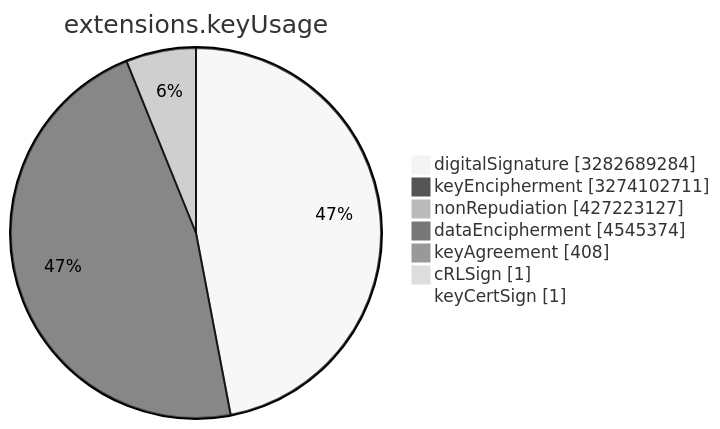
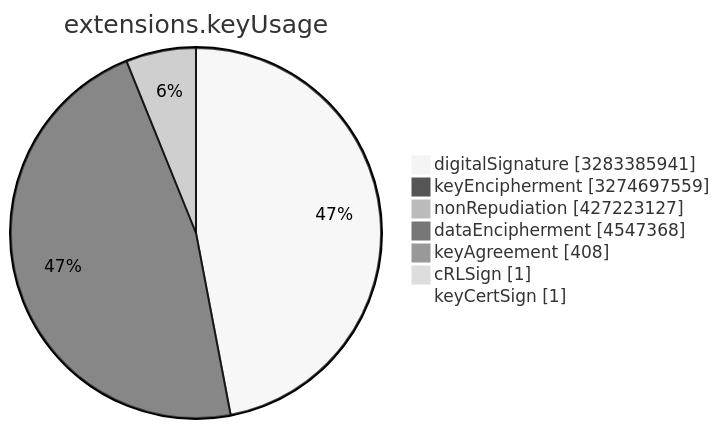
One commit to christiankrug/ctmonitor_visualization changed the sixth of 15 diagrams in TOTAL/README.md. Above: the diagram before and after it, drawn with Mermaid (neutral theme). The commit also changed other lines of this file, not shown here.

````diff
--- a/TOTAL/README.md
+++ b/TOTAL/README.md
@@ -3078,11 +3078,11 @@
 ```mermaid
 pie showData
 title extensions.keyUsage
-"digitalSignature" :3282689284
-"keyEncipherment" :3274102711
+"digitalSignature" :3283385941
+"keyEncipherment" :3274697559
 "nonRepudiation" :427223127
-"dataEncipherment" :4545374
+"dataEncipherment" :4547368
 "keyAgreement" :408
 "cRLSign" :1
 "keyCertSign" :1
 ```
````
